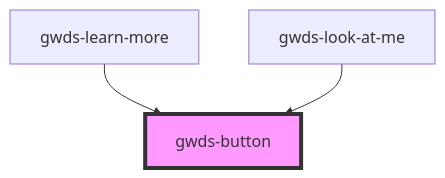
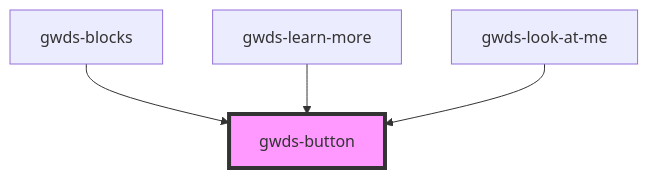
Before and after one commit to bsastregx/gwds-stenciljs: the diagram in src/components/gwds-button/readme.md, drawn with Mermaid. The commit also changed other lines of this file and 20 other files, not shown here.

````diff
--- a/src/components/gwds-button/readme.md
+++ b/src/components/gwds-button/readme.md
@@ -28,6 +29,7 @@
 ```mermaid
 graph TD;
+  gwds-blocks --> gwds-button
   gwds-learn-more --> gwds-button
   gwds-look-at-me --> gwds-button
   style gwds-button fill:#f9f,stroke:#333,stroke-width:4px
 ```
````
